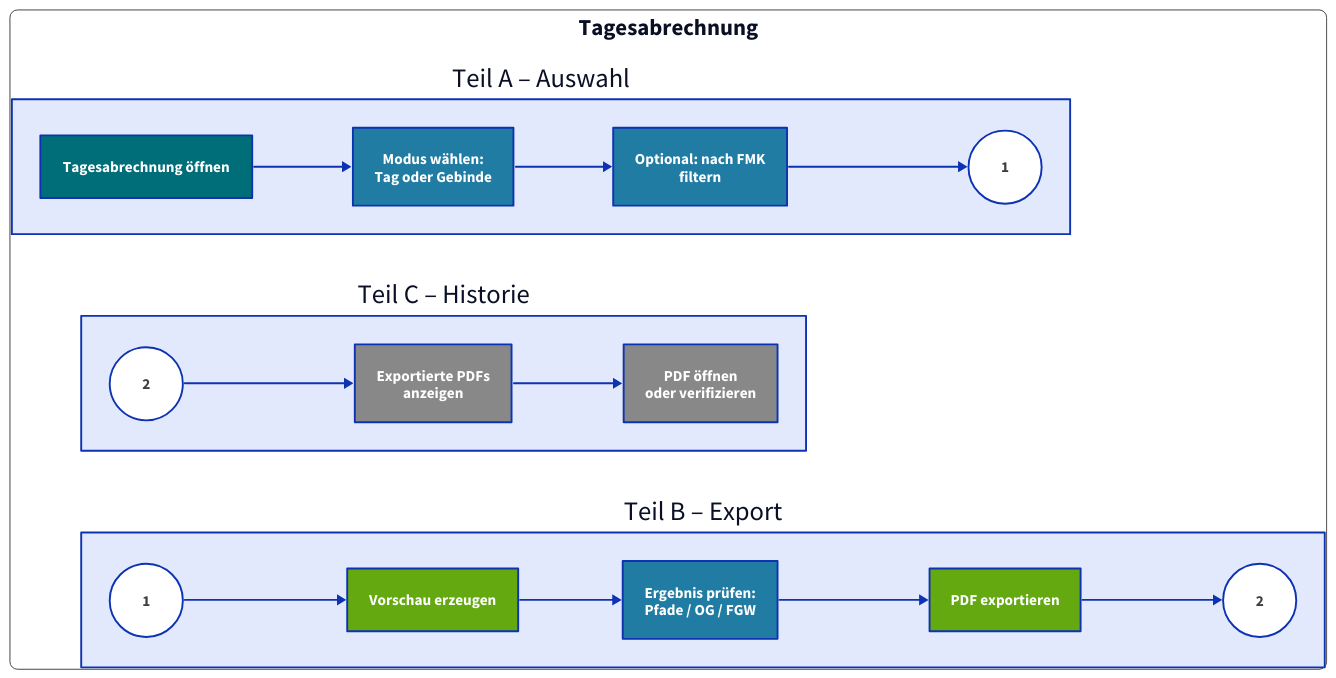
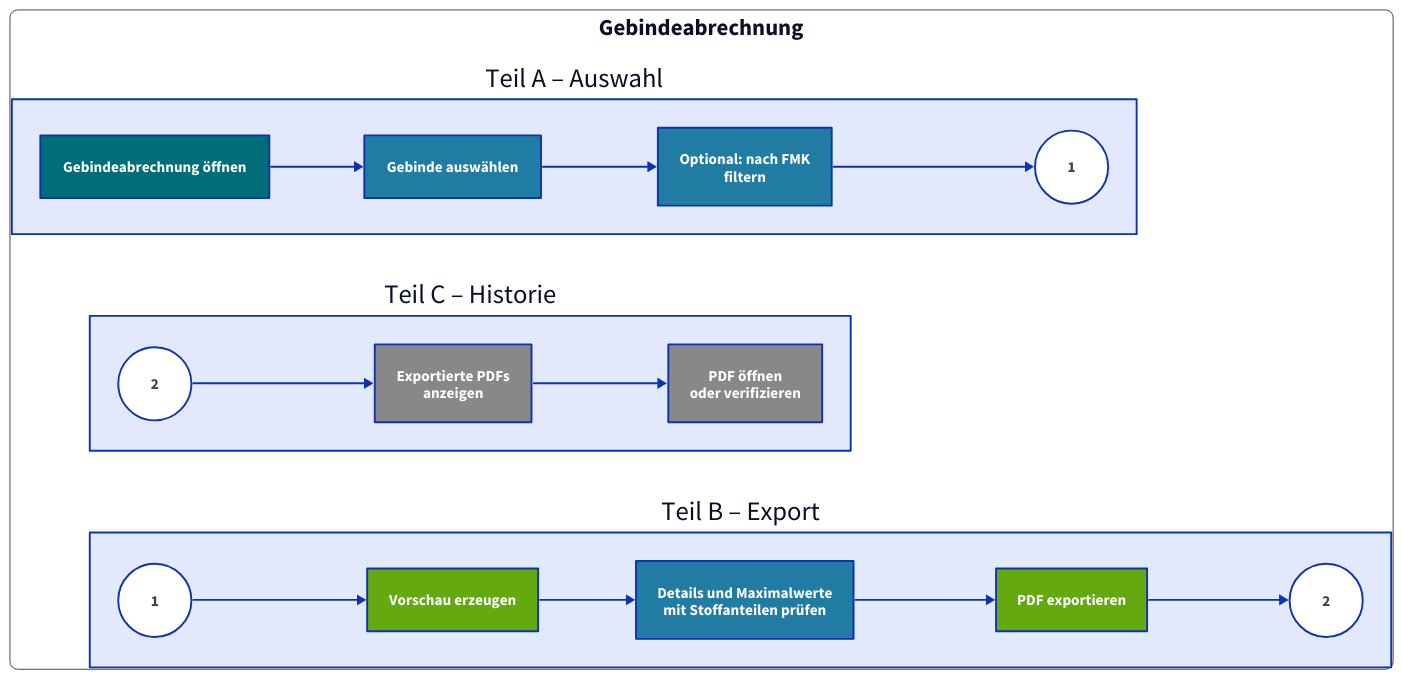
One commit to Ph0non/fmb-log-docs changed the diagram in docs/diagrams-src/reports-flow.d2. Above: the diagram before and after it, drawn with D2. The commit also changed 26 other files, not shown here.

```diff
--- a/docs/diagrams-src/reports-flow.d2
+++ b/docs/diagrams-src/reports-flow.d2
@@ -1,103 +1,103 @@
 direction: right
 
 style: {
   stroke: "#3d3e3d"
   stroke-width: 1
   font-size: 22
   border-radius: 8
 }
 
-title: "Tagesabrechnung" {
+title: "Gebindeabrechnung" {
   near: top-center
   shape: text
   style.font-size: 24
   style.bold: true
 }
 
 # Teil A: Auswahl
 select: {
   direction: down
   label: "Teil A – Auswahl"
 
-  open: "Tagesabrechnung öffnen" {
+  open: "Gebindeabrechnung öffnen" {
     style.fill: "#006e78"
     style.font-color: "#ffffff"
   }
 
-  mode: "Modus wählen:\nTag oder Gebinde" {
+  mode: "Gebinde auswählen" {
     style.fill: "#217ca3"
     style.font-color: "#ffffff"
   }
 
   filter: "Optional: nach FMK\nfiltern" {
     style.fill: "#217ca3"
     style.font-color: "#ffffff"
   }
 
   cont_a: "1" {
     shape: circle
     style.fill: "#ffffff"
     style.font-color: "#3d3e3d"
   }
 
   open -> mode -> filter -> cont_a
 }
 
 # Teil B: Export
 export: {
   direction: down
   label: "Teil B – Export"
 
   cont_b: "1" {
     shape: circle
     style.fill: "#ffffff"
     style.font-color: "#3d3e3d"
   }
 
   preview: "Vorschau erzeugen" {
     style.fill: "#63a90f"
     style.font-color: "#ffffff"
   }
 
-  check: "Ergebnis prüfen:\nPfade / OG / FGW" {
+  check: "Details und Maximalwerte\nmit Stoffanteilen prüfen" {
     style.fill: "#217ca3"
     style.font-color: "#ffffff"
   }
 
   pdf: "PDF exportieren" {
     style.fill: "#63a90f"
     style.font-color: "#ffffff"
   }
 
   cont_c: "2" {
     shape: circle
     style.fill: "#ffffff"
     style.font-color: "#3d3e3d"
   }
 
   cont_b -> preview -> check -> pdf -> cont_c
 }
 
 # Teil C: Historie
 history: {
   direction: down
   label: "Teil C – Historie"
 
   cont_d: "2" {
     shape: circle
     style.fill: "#ffffff"
     style.font-color: "#3d3e3d"
   }
 
   list: "Exportierte PDFs\nanzeigen" {
     style.fill: "#888888"
     style.font-color: "#ffffff"
   }
 
   verify: "PDF öffnen\noder verifizieren" {
     style.fill: "#888888"
     style.font-color: "#ffffff"
   }
 
   cont_d -> list -> verify
 }
```
